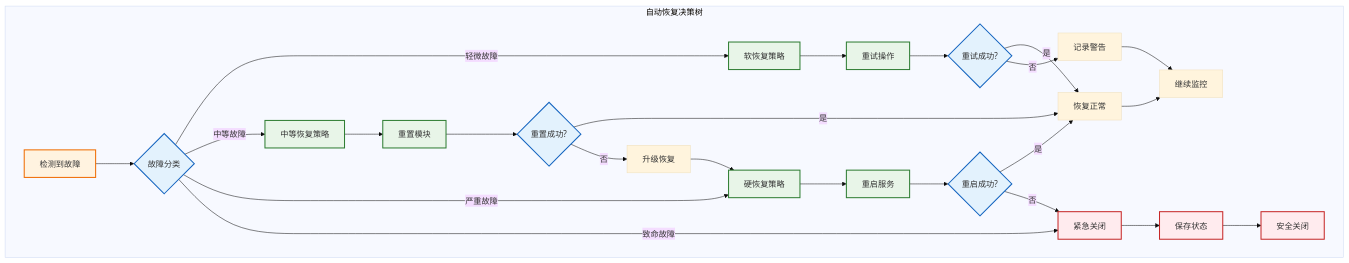
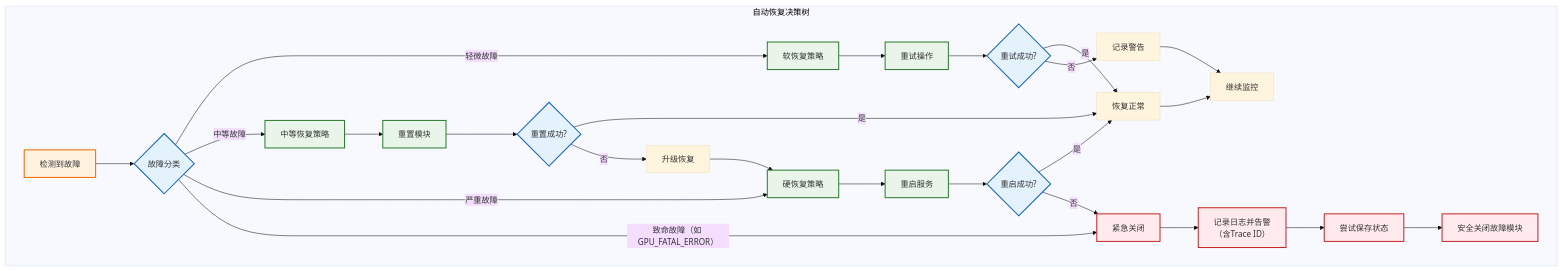
Diagram 22 of 22 in docs/01_项目设计/02_模块设计/05_任务调度器设计.md (wendizhou99-cell/Radar), drawn with Mermaid (base theme) before and after one commit. The commit also changed other lines of this file and 9 other files, not shown here.

````diff
--- a/docs/01_项目设计/02_模块设计/05_任务调度器设计.md
+++ b/docs/01_项目设计/02_模块设计/05_任务调度器设计.md
@@ -1199,43 +1180,44 @@
 ```mermaid
 flowchart TD
     subgraph "自动恢复决策树"
         FAULT_DETECTED[检测到故障] --> FAULT_CLASSIFY{故障分类}
 
         FAULT_CLASSIFY -->|轻微故障| SOFT_RECOVERY[软恢复策略]
         FAULT_CLASSIFY -->|中等故障| MODERATE_RECOVERY[中等恢复策略]
         FAULT_CLASSIFY -->|严重故障| HARD_RECOVERY[硬恢复策略]
-        FAULT_CLASSIFY -->|致命故障| EMERGENCY_SHUTDOWN[紧急关闭]
+        FAULT_CLASSIFY -->|致命故障<br\>（如 GPU_FATAL_ERROR）| EMERGENCY_SHUTDOWN[紧急关闭]
 
         SOFT_RECOVERY --> RETRY_OPERATION[重试操作]
         RETRY_OPERATION --> RETRY_SUCCESS{重试成功?}
         RETRY_SUCCESS -->|是| RESUME_NORMAL[恢复正常]
         RETRY_SUCCESS -->|否| LOG_WARNING[记录警告]
 
         MODERATE_RECOVERY --> RESET_MODULE[重置模块]
         RESET_MODULE --> RESET_SUCCESS{重置成功?}
         RESET_SUCCESS -->|是| RESUME_NORMAL
         RESET_SUCCESS -->|否| ESCALATE_RECOVERY[升级恢复]
 
         HARD_RECOVERY --> RESTART_SERVICE[重启服务]
         RESTART_SERVICE --> RESTART_SUCCESS{重启成功?}
         RESTART_SUCCESS -->|是| RESUME_NORMAL
         RESTART_SUCCESS -->|否| EMERGENCY_SHUTDOWN
 
-        EMERGENCY_SHUTDOWN --> SAVE_STATE[保存状态]
-        SAVE_STATE --> SAFE_SHUTDOWN[安全关闭]
+        EMERGENCY_SHUTDOWN --> LOG_AND_ALERT[记录日志并告警<br/>（含Trace ID）]
+        LOG_AND_ALERT --> SAVE_STATE[尝试保存状态]
+        SAVE_STATE --> SAFE_SHUTDOWN[安全关闭故障模块]
 
         LOG_WARNING --> CONTINUE_MONITOR[继续监控]
         ESCALATE_RECOVERY --> HARD_RECOVERY
         RESUME_NORMAL --> CONTINUE_MONITOR
     end
 
     classDef detection fill:#fff3e0,stroke:#ef6c00,stroke-width:2px
     classDef decision fill:#e3f2fd,stroke:#1565c0,stroke-width:2px
     classDef recovery fill:#e8f5e8,stroke:#2e7d32,stroke-width:2px
     classDef emergency fill:#ffebee,stroke:#c62828,stroke-width:2px
 
     class FAULT_DETECTED detection
     class FAULT_CLASSIFY,RETRY_SUCCESS,RESET_SUCCESS,RESTART_SUCCESS decision
     class SOFT_RECOVERY,MODERATE_RECOVERY,HARD_RECOVERY,RETRY_OPERATION,RESET_MODULE,RESTART_SERVICE recovery
-    class EMERGENCY_SHUTDOWN,SAVE_STATE,SAFE_SHUTDOWN emergency
+    class EMERGENCY_SHUTDOWN,LOG_AND_ALERT,SAVE_STATE,SAFE_SHUTDOWN emergency
 ```
````
